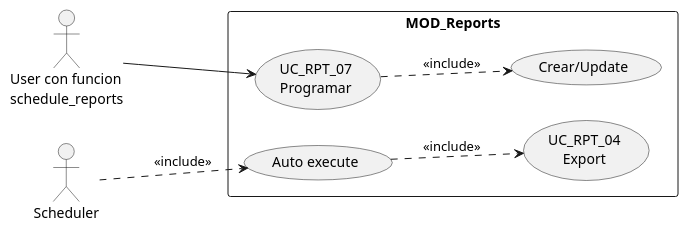
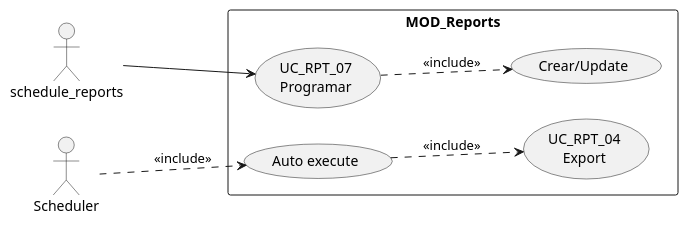
One commit to jcg-admin/IACT-docs changed the first of 4 diagrams in source/requisitos/casos-uso/reports/uc-rpt-07/diagramas-uml.rst. Above: the diagram before and after it, drawn with PlantUML. The commit also changed 77 other files, not shown here.

First line of the commit message:
Enforce RBAC function names as actors in all UML diagrams

```diff
--- a/source/requisitos/casos-uso/reports/uc-rpt-07/diagramas-uml.rst
+++ b/source/requisitos/casos-uso/reports/uc-rpt-07/diagramas-uml.rst
@@ -10,20 +10,20 @@
 .. uml::
  :caption: UC_RPT_07 — programar
 
  @startuml
  left to right direction
- actor "User con funcion\nschedule_reports" as USR
+ actor "schedule_reports" as USR
  actor "Scheduler" as SC
 
  rectangle "MOD_Reports" {
    usecase "UC_RPT_07\nProgramar" as UC07
    usecase "Crear/Update" as CRUD
    usecase "Auto execute" as AE
    usecase "UC_RPT_04\nExport" as EXP
  }
 
  USR --> UC07
  UC07 ..> CRUD : <<include>>
  SC ..> AE : <<include>>
  AE ..> EXP : <<include>>
  @enduml
```
